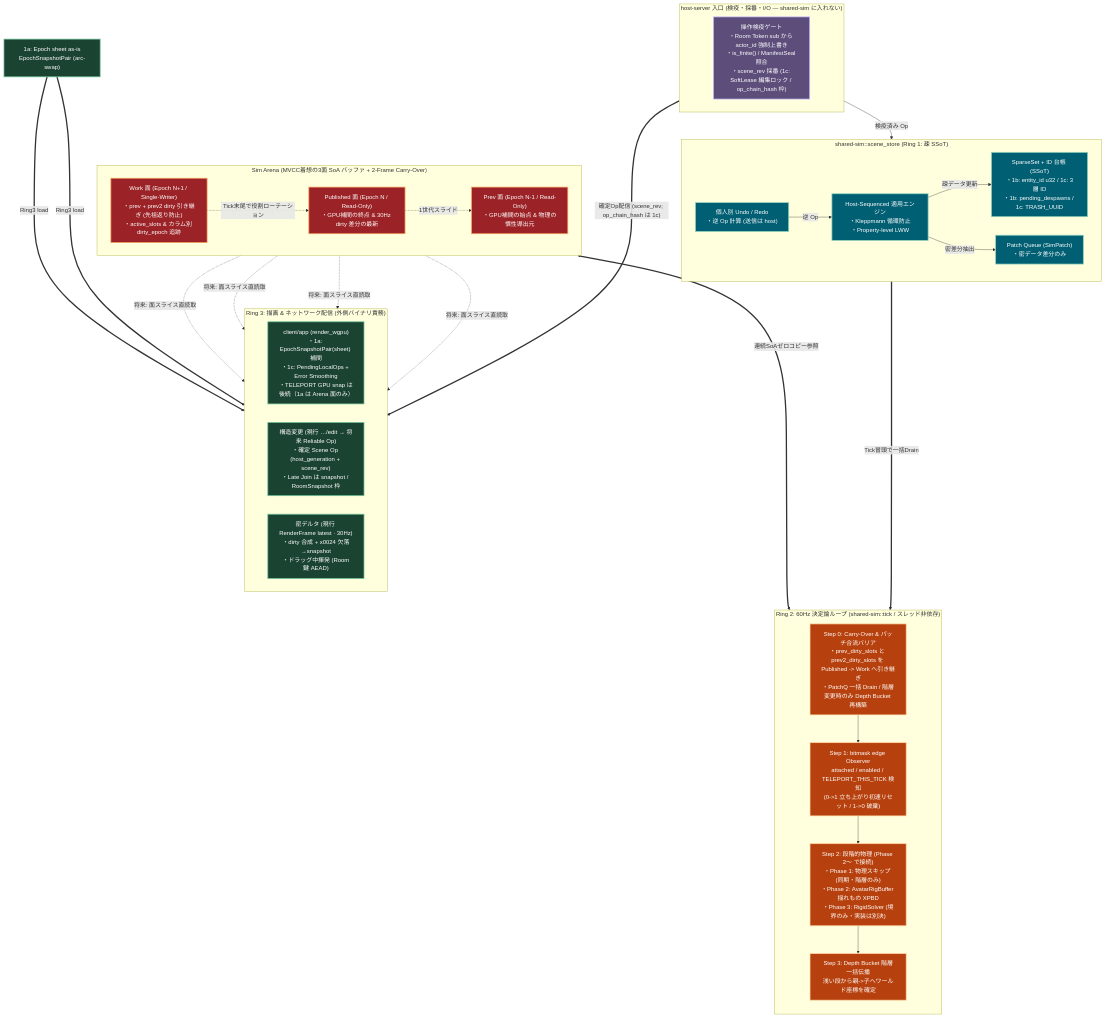
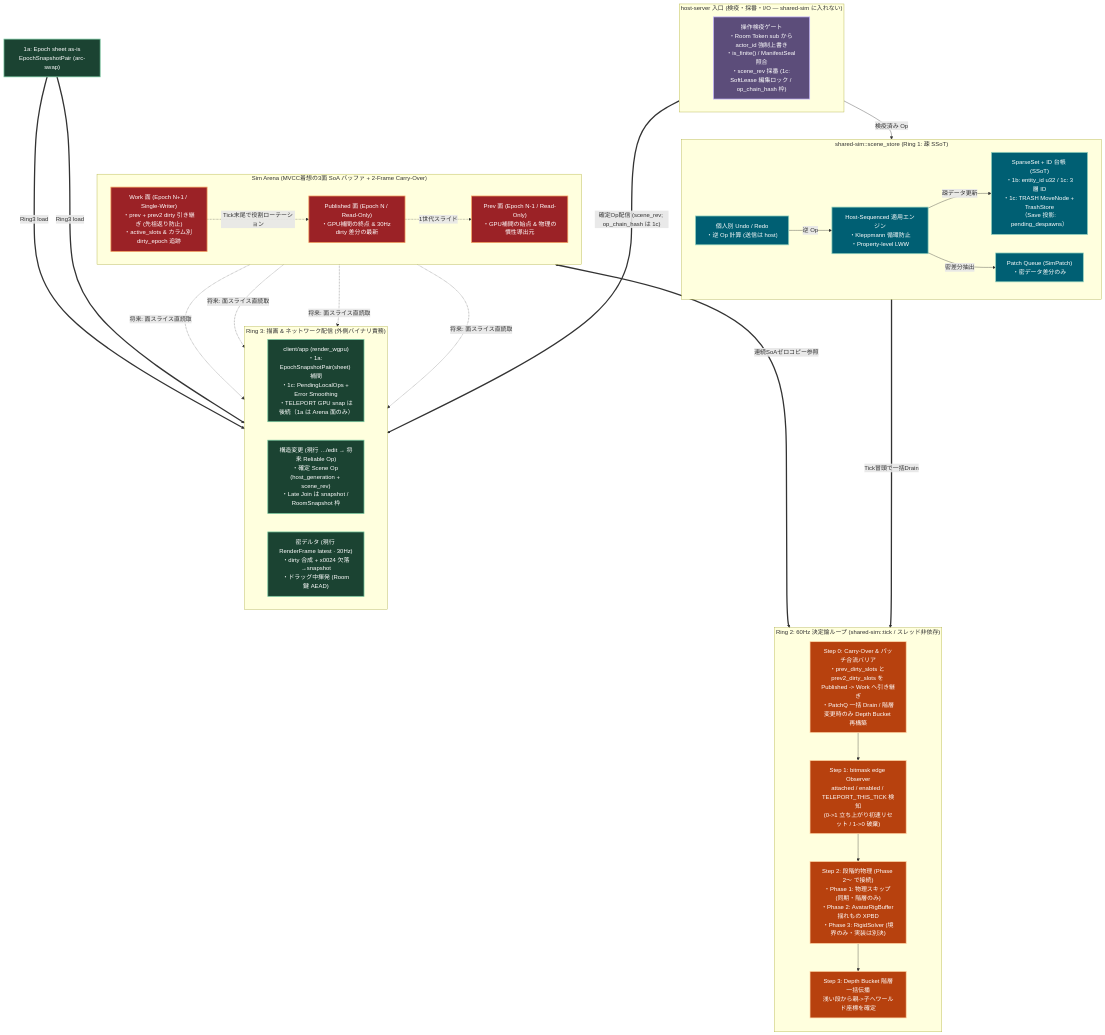
Before and after one commit to FRICK-ELDY/alchemy: the diagram in .workspace/roadmap/scene_store_sim_arena.md, drawn with Mermaid. The commit also changed other lines of this file and 13 other files, not shown here.

Commit message:
feat(x00e3): TRASH MoveNode + TrashStore GC

````diff
--- a/.workspace/roadmap/scene_store_sim_arena.md
+++ b/.workspace/roadmap/scene_store_sim_arena.md
@@ -67,58 +67,58 @@
 ```mermaid
 flowchart TB
     classDef store fill:#005f73,stroke:#94d2bd,stroke-width:2px,color:#fff
     classDef arena fill:#9b2226,stroke:#f4a261,stroke-width:2px,color:#fff
     classDef sim fill:#b7410e,stroke:#ffd8a8,stroke-width:2px,color:#fff
     classDef out fill:#1b4332,stroke:#74c69d,stroke-width:2px,color:#fff
     classDef host fill:#5c4d7a,stroke:#c4b5fd,stroke-width:2px,color:#fff
 
     subgraph HostGate["host-server 入口 (検疫・採番・I/O — shared-sim に入れない)"]
         direction LR
         OpGate["操作検疫ゲート<br/>・Room Token sub から actor_id 強制上書き<br/>・is_finite() / ManifestSeal 照合<br/>・scene_rev 採番 (1c: SoftLease 編集ロック / op_chain_hash 枠)"]:::host
     end
 
     subgraph SceneStore["shared-sim::scene_store (Ring 1: 疎 SSoT)"]
         direction LR
         CrdtEngine["Host-Sequenced 適用エンジン<br/>・Kleppmann 循環防止<br/>・Property-level LWW"]:::store
-        SparseSSoT["SparseSet + ID 台帳 (SSoT)<br/>・1b: entity_id u32 / 1c: 3層 ID<br/>・1b: pending_despawns / 1c: TRASH_UUID"]:::store
+        SparseSSoT["SparseSet + ID 台帳 (SSoT)<br/>・1b: entity_id u32 / 1c: 3層 ID<br/>・1c: TRASH MoveNode + TrashStore<br/>（Save 投影: pending_despawns）"]:::store
         UndoMgr["個人別 Undo / Redo<br/>・逆 Op 計算 (送信は host)"]:::store
         PatchQ["Patch Queue (SimPatch)<br/>・密データ差分のみ"]:::store
 
         CrdtEngine -->|"疎データ更新"| SparseSSoT
         CrdtEngine -->|"密差分抽出"| PatchQ
         UndoMgr -->|"逆 Op"| CrdtEngine
     end
 
     OpGate -->|"検疫済み Op"| CrdtEngine
 
     subgraph SimArena["Sim Arena (MVCC着想の3面 SoA バッファ + 2-Frame Carry-Over)"]
         direction LR
         BufPrev["Prev 面 (Epoch N-1 / Read-Only)<br/>・GPU補間の始点 & 物理の慣性導出元"]:::arena
         BufPub["Published 面 (Epoch N / Read-Only)<br/>・GPU補間の終点 & 30Hz dirty 差分の最新"]:::arena
         BufWork["Work 面 (Epoch N+1 / Single-Writer)<br/>・prev + prev2 dirty 引き継ぎ (先祖返り防止)<br/>・active_slots & カラム別 dirty_epoch 追跡"]:::arena
         BufWork -.->|"Tick末尾で役割ローテーション"| BufPub
         BufPub -.->|"1世代スライド"| BufPrev
     end
 
     subgraph Ring2["Ring 2: 60Hz 決定論ループ (shared-sim::tick / スレッド非依存)"]
         direction TB
         Step0["Step 0: Carry-Over & パッチ合流バリア<br/>・prev_dirty_slots と prev2_dirty_slots を Published -> Work へ引き継ぎ<br/>・PatchQ 一括 Drain / 階層変更時のみ Depth Bucket 再構築"]:::sim
         Step1["Step 1: bitmask edge Observer<br/>attached / enabled / TELEPORT_THIS_TICK 検知<br/>(0->1 立ち上がり初速リセット / 1->0 破棄)"]:::sim
         Step2["Step 2: 段階的物理 (Phase 2〜 で接続)<br/>・Phase 1: 物理スキップ (同期・階層のみ)<br/>・Phase 2: AvatarRigBuffer 揺れもの XPBD<br/>・Phase 3: RigidSolver (境界のみ・実装は別決)"]:::sim
         Step3["Step 3: Depth Bucket 階層一括伝播<br/>浅い段から親->子へワールド座標を確定"]:::sim
         Step0 --> Step1 --> Step2 --> Step3
     end
 
     subgraph Ring3["Ring 3: 描画 & ネットワーク配信 (外側バイナリ責務)"]
         direction LR
         GPU["client/app (render_wgpu)<br/>・1a: EpochSnapshotPair(sheet) 補間<br/>・1c: PendingLocalOps + Error Smoothing<br/>・TELEPORT GPU snap は後続（1a は Arena 面のみ）"]:::out
         NetRel["構造変更 (現行 …/edit → 将来 Reliable Op)<br/>・確定 Scene Op (host_generation + scene_rev)<br/>・Late Join は snapshot / RoomSnapshot 枠"]:::out
         NetFast["密デルタ (現行 RenderFrame latest · 30Hz)<br/>・dirty 合成 + x0024 欠落→snapshot<br/>・ドラッグ中揮発 (Room鍵 AEAD)"]:::out
     end
     PatchQ ===>|"Tick冒頭で一括Drain"| Step0
     SimArena <===>|"連続SoAゼロコピー参照"| Ring2
     BufPrev & BufPub -.->|"将来: 面スライス直読取"| GPU & NetFast
     SheetPub["1a: Epoch sheet as-is<br/>EpochSnapshotPair (arc-swap)"]:::out
     SheetPub ===>|"Ring3 load"| GPU & NetFast
     OpGate ===>|"確定Op配信 (scene_rev; op_chain_hash は 1c)"| NetRel
 ```
````
